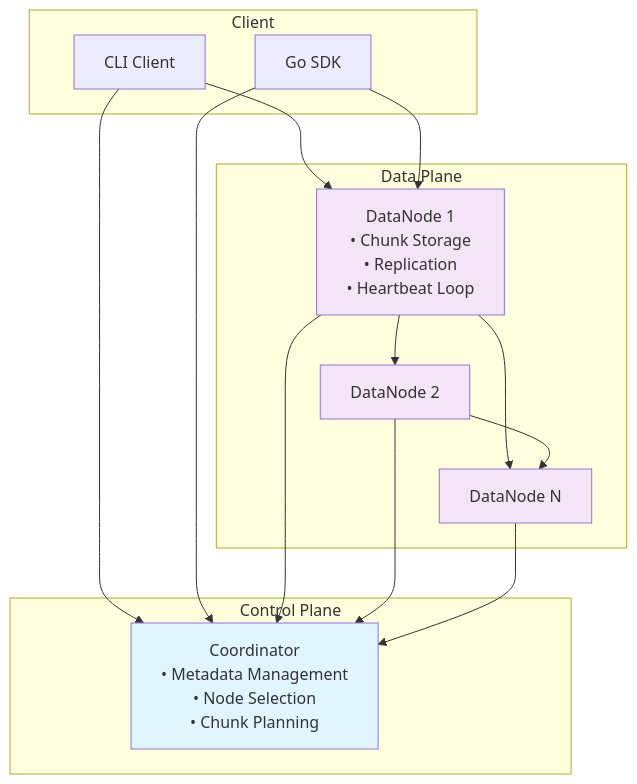
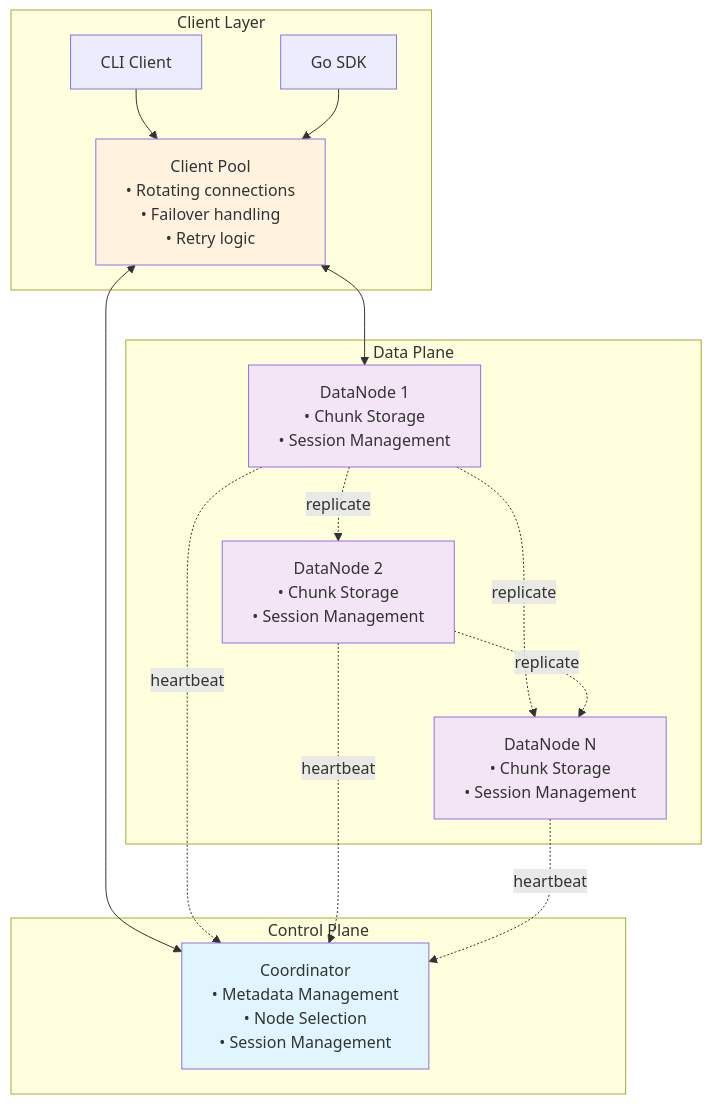
One commit to mochivi/distributed-file-system changed the diagram in README.md. Above: the diagram before and after it, drawn with Mermaid. The commit also changed other lines of this file and 9 other files, not shown here.

````diff
--- a/README.md
+++ b/README.md
@@ -102,35 +107,30 @@
 ```mermaid
 flowchart TB
-    subgraph "Client"
+ subgraph subGraph0["Client Layer"]
         CLI["CLI Client"]
         SDK["Go SDK"]
-    end
+        CPOOL["Client Pool<br>• Rotating connections<br>• Failover handling<br>• Retry logic"]
+  end
+ subgraph subGraph1["Control Plane"]
+        COORD["Coordinator<br>• Metadata Management<br>• Node Selection<br>• Session Management"]
+  end
+ subgraph subGraph2["Data Plane"]
+        DN1["DataNode 1<br>• Chunk Storage<br>• Session Management"]
+        DN2["DataNode 2<br>• Chunk Storage<br>• Session Management"]
+        DN3["DataNode N<br>• Chunk Storage<br>• Session Management"]
+  end
+    CLI --> CPOOL
+    SDK --> CPOOL
+    CPOOL <--> COORD & DN1
+    DN1 -. replicate .-> DN2 & DN3
+    DN2 -. replicate .-> DN3
+    DN1 -. heartbeat .-> COORD
+    DN2 -. heartbeat .-> COORD
+    DN3 -. heartbeat .-> COORD
 
-    subgraph "Control Plane"
-        COORD["Coordinator<br/>• Metadata Management<br/>• Node Selection<br/>• Chunk Planning"]
-    end
-
-    subgraph "Data Plane"
-        DN1["DataNode 1<br/>• Chunk Storage<br/>• Replication<br/>• Heartbeat Loop"]
-        DN2["DataNode 2"]
-        DN3["DataNode N"]
-    end
-
-    CLI --> COORD
-    SDK --> COORD
-    CLI --> DN1
-    SDK --> DN1
-
-    DN1 --> DN2
-    DN1 --> DN3
-    DN2 --> DN3
-
-    DN1 --> COORD
-    DN2 --> COORD
-    DN3 --> COORD
-
+    style CPOOL fill:#fff3e0
     style COORD fill:#e1f5fe
     style DN1 fill:#f3e5f5
     style DN2 fill:#f3e5f5
     style DN3 fill:#f3e5f5
 ```
````
